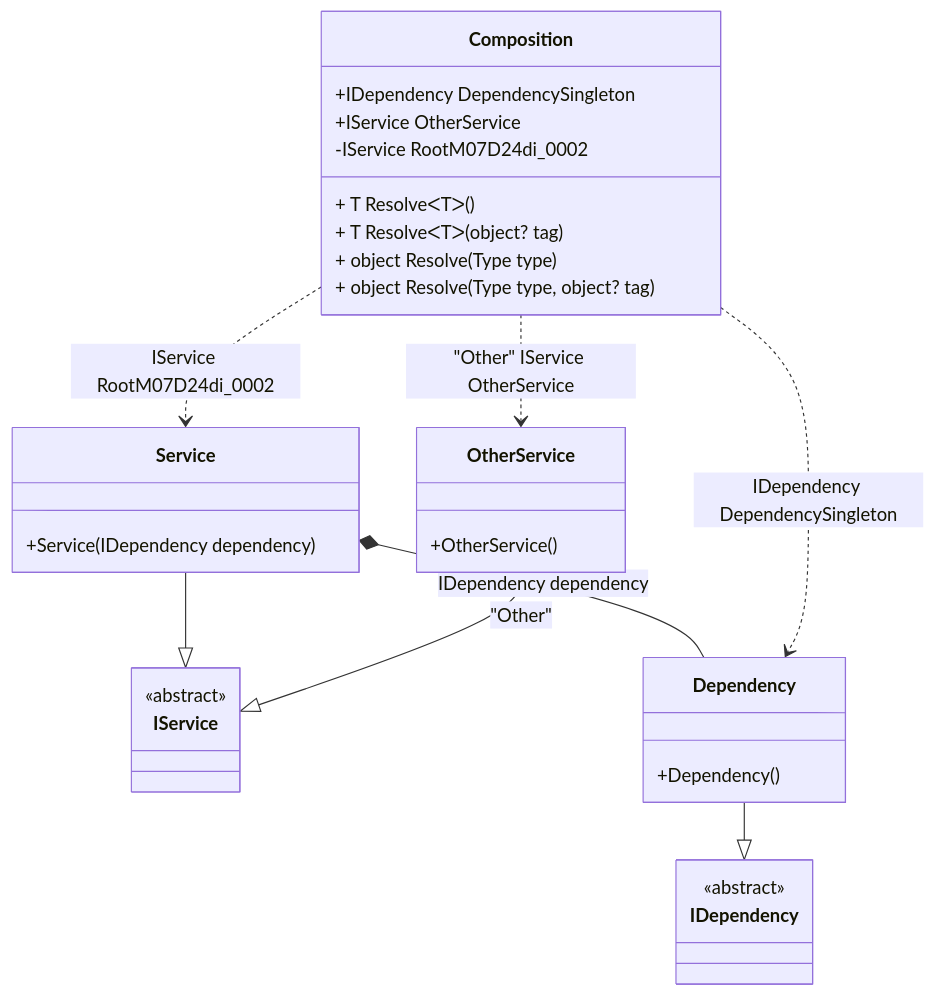
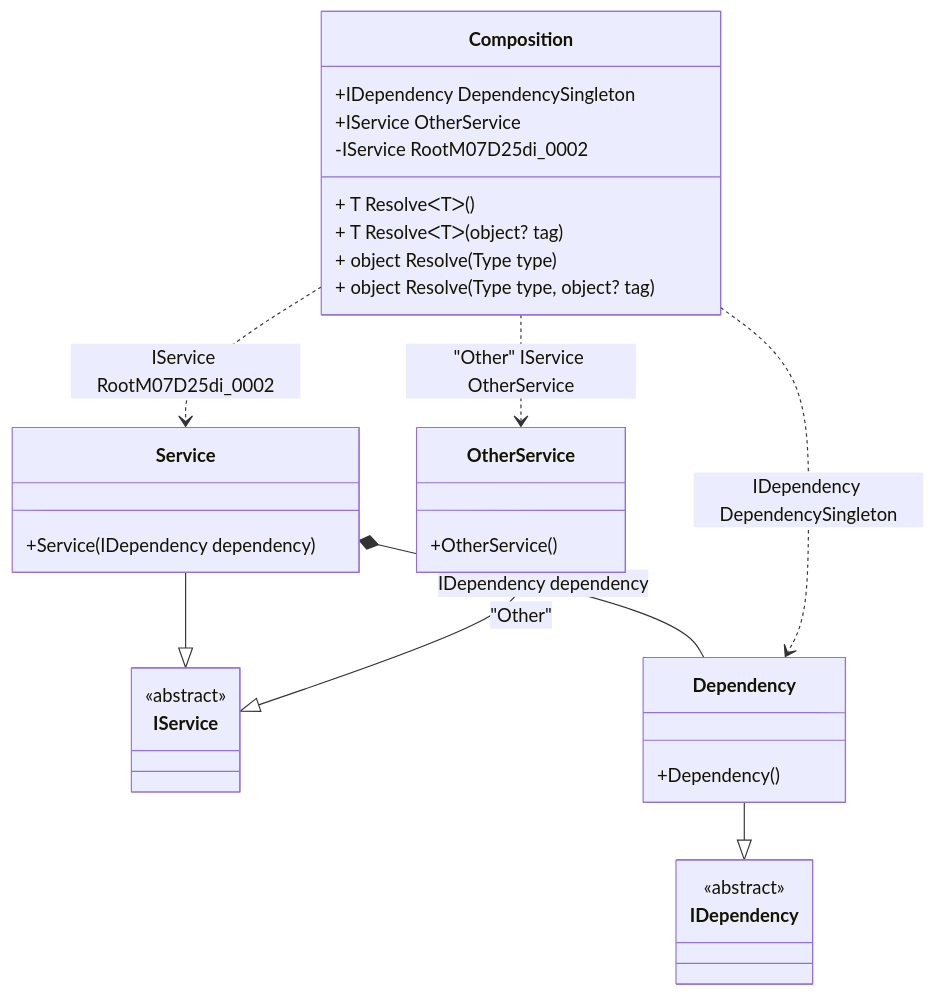
The diagram in readme/resolve-methods.md (DevTeam/Pure.DI), drawn with Mermaid before and after one commit. The commit also changed other lines of this file and 54 other files, not shown here.

````diff
--- a/readme/resolve-methods.md
+++ b/readme/resolve-methods.md
@@ -47,34 +47,34 @@
 ```mermaid
 classDiagram
   class Composition {
     +IDependency DependencySingleton
     +IService OtherService
-    -IService RootM07D24di_0002
+    -IService RootM07D25di_0002
     + T ResolveᐸTᐳ()
     + T ResolveᐸTᐳ(object? tag)
     + object Resolve(Type type)
     + object Resolve(Type type, object? tag)
   }
   Service --|> IService : 
   class Service {
     +Service(IDependency dependency)
   }
   Dependency --|> IDependency : 
   class Dependency {
     +Dependency()
   }
   OtherService --|> IService : "Other" 
   class OtherService {
     +OtherService()
   }
   class IService {
     <<abstract>>
   }
   class IDependency {
     <<abstract>>
   }
   Service *--  Dependency : IDependency dependency
   Composition ..> Dependency : IDependency DependencySingleton
-  Composition ..> Service : IService RootM07D24di_0002
+  Composition ..> Service : IService RootM07D25di_0002
   Composition ..> OtherService : "Other" IService OtherService
 ```
````
